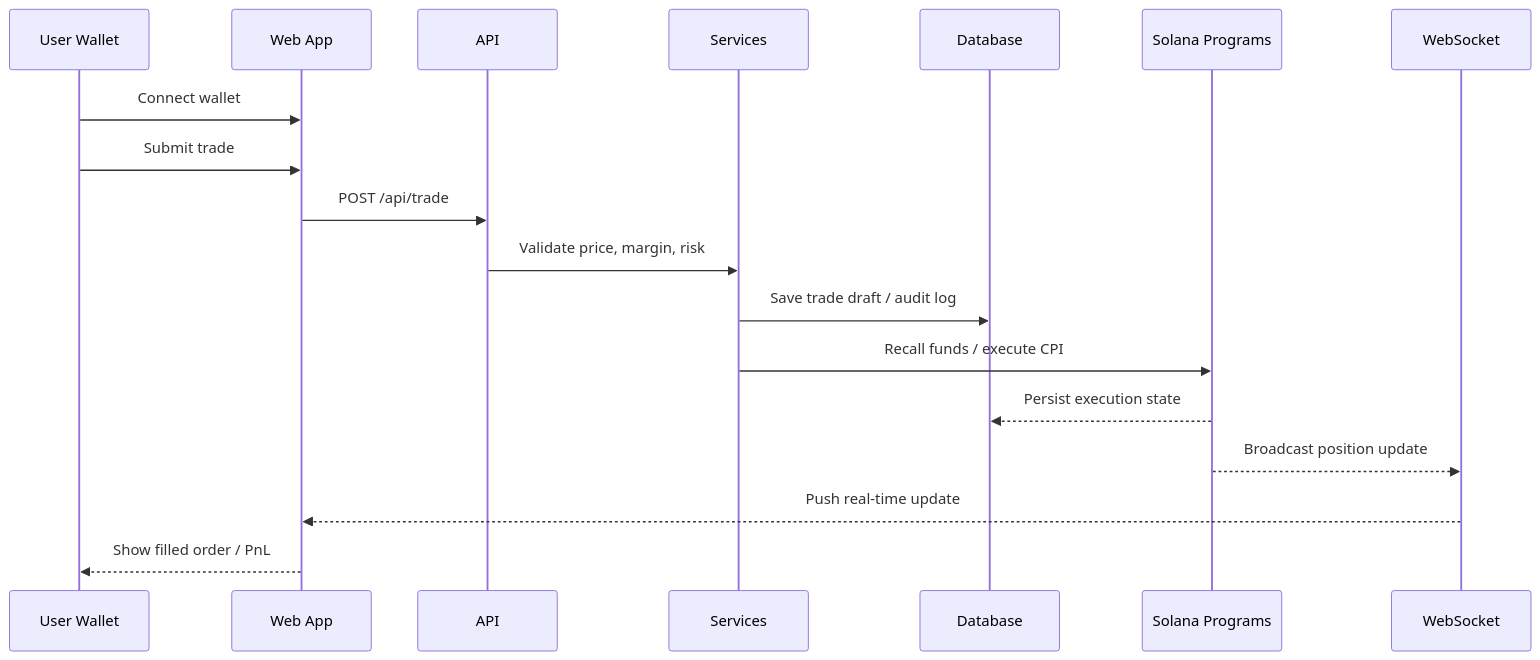
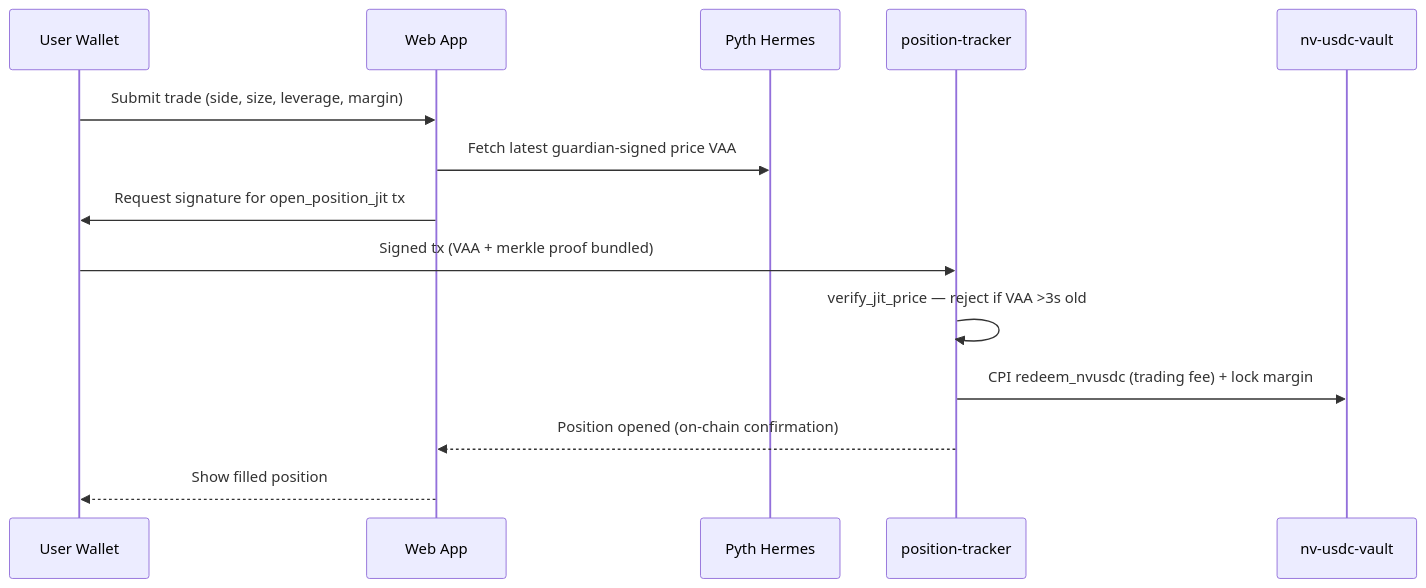
One commit to KezzyNgotho/noviscia-protocol changed the second of 4 diagrams in docs/SYSTEM_DIAGRAMS.md. Above: the diagram before and after it, drawn with Mermaid. The commit also changed other lines of this file and 16 other files, not shown here.

````diff
--- a/docs/SYSTEM_DIAGRAMS.md
+++ b/docs/SYSTEM_DIAGRAMS.md
@@ -44,21 +28,17 @@
 ```mermaid
 sequenceDiagram
   participant U as User Wallet
   participant W as Web App
-  participant A as API
-  participant S as Services
-  participant D as Database
-  participant C as Solana Programs
-  participant WS as WebSocket
+  participant H as Pyth Hermes
+  participant PT as position-tracker
+  participant NV as nv-usdc-vault
 
-  U->>W: Connect wallet
-  U->>W: Submit trade
-  W->>A: POST /api/trade
-  A->>S: Validate price, margin, risk
-  S->>D: Save trade draft / audit log
-  S->>C: Recall funds / execute CPI
-  C-->>D: Persist execution state
-  C-->>WS: Broadcast position update
-  WS-->>W: Push real-time update
-  W-->>U: Show filled order / PnL
+  U->>W: Submit trade (side, size, leverage, margin)
+  W->>H: Fetch latest guardian-signed price VAA
+  W->>U: Request signature for open_position_jit tx
+  U->>PT: Signed tx (VAA + merkle proof bundled)
+  PT->>PT: verify_jit_price — reject if VAA >3s old
+  PT->>NV: CPI redeem_nvusdc (trading fee) + lock margin
+  PT-->>W: Position opened (on-chain confirmation)
+  W-->>U: Show filled position
 ```
````
